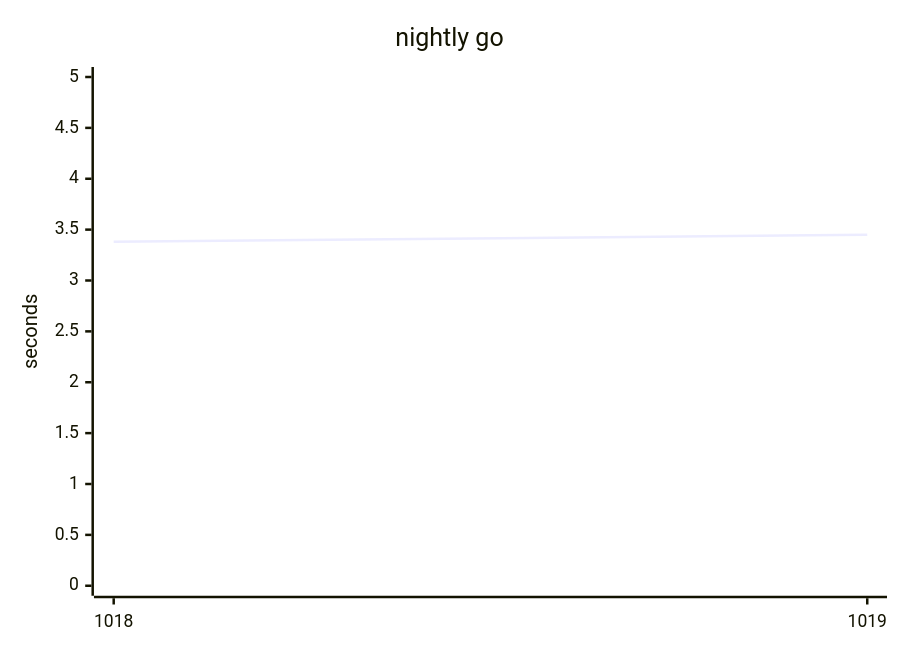
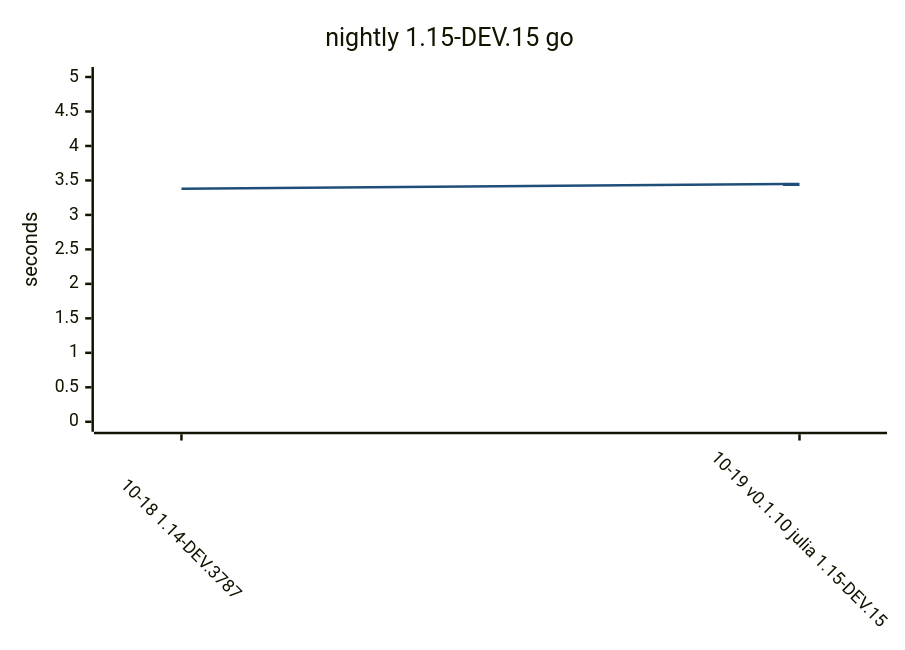
Before and after one commit to yamanori99/DistSSHRun.jl: the eighth of 9 diagrams in README.md, drawn with Mermaid. The commit also changed other lines of this file and 1 other file, not shown here.

Commit message:
Record compile bench for 1.14-nightly.

````diff
--- a/README.md
+++ b/README.md
@@ -198,7 +270,17 @@
 ```mermaid
+---
+config:
+  theme: base
+  themeVariables:
+    xyChart:
+      plotColorPalette: "#1f4e79"
+  xyChart:
+    xAxis:
+      labelRotation: 45
+---
 xychart-beta
-    title "nightly go"
-    x-axis ["1018", "1019"]
+    title "nightly 1.15-DEV.15 go"
+    x-axis ["10-18 1.14-DEV.3787", "10-19 v0.1.10 julia 1.15-DEV.15"]
     y-axis "seconds" 0 --> 5
     line [3.38, 3.45]
 ```
````
